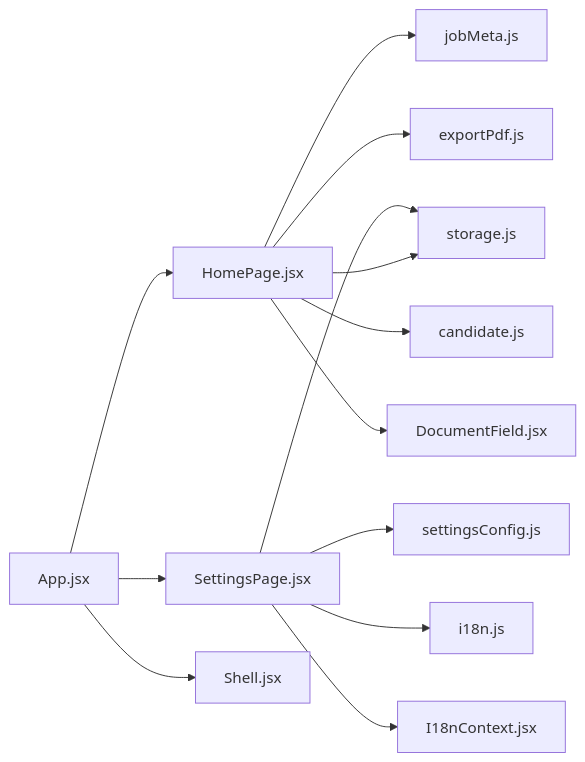
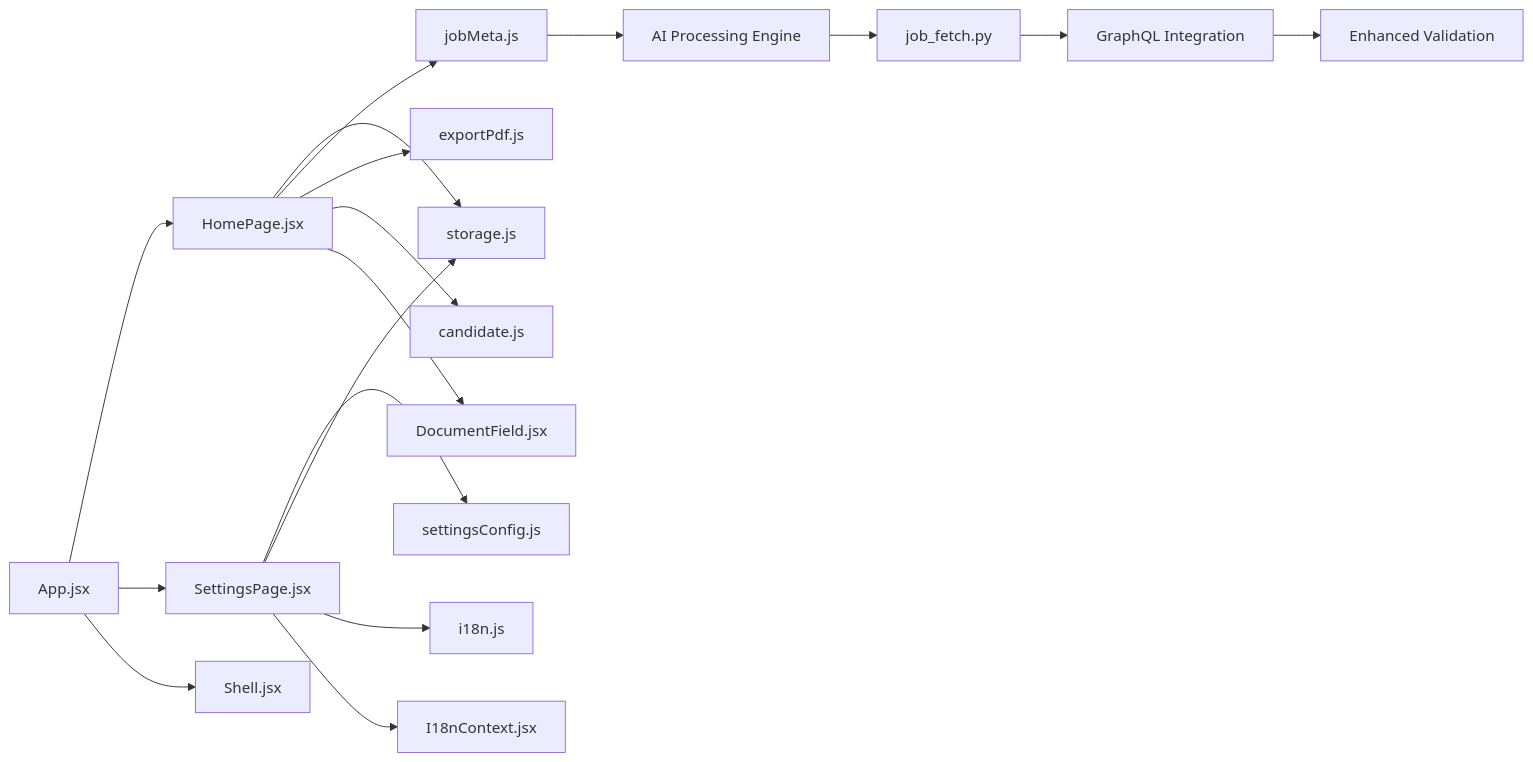
One commit to zmyeo54/briefroom changed diagram 12 of 12 in .qoder/repowiki/en/content/Core Features/Job Application Management.md. Above: the diagram before and after it, drawn with Mermaid. The commit also changed other lines of this file and 42 other files, not shown here.

First line of the commit message:
feat(job-application): enhance job metadata extraction and processing capabilities

````diff
--- a/.qoder/repowiki/en/content/Core Features/Job Application Management.md
+++ b/.qoder/repowiki/en/content/Core Features/Job Application Management.md
@@ -369,15 +528,19 @@
 ```mermaid
 graph LR
 App["App.jsx"] --> Home["HomePage.jsx"]
 App --> Settings["SettingsPage.jsx"]
 Home --> Storage["storage.js"]
 Home --> JobMeta["jobMeta.js"]
 Home --> Export["exportPdf.js"]
 Home --> Candidate["candidate.js"]
 Settings --> SettingsCfg["settingsConfig.js"]
 Settings --> Storage
 Settings --> I18n["i18n.js"]
 Settings --> I18nCtx["I18nContext.jsx"]
 Home --> DocField["DocumentField.jsx"]
 App --> Shell["Shell.jsx"]
+JobMeta --> AIProcessing["AI Processing Engine"]
+AIProcessing --> Script["job_fetch.py"]
+Script --> GraphQL["GraphQL Integration"]
+GraphQL --> Validation["Enhanced Validation"]
 ```
````
